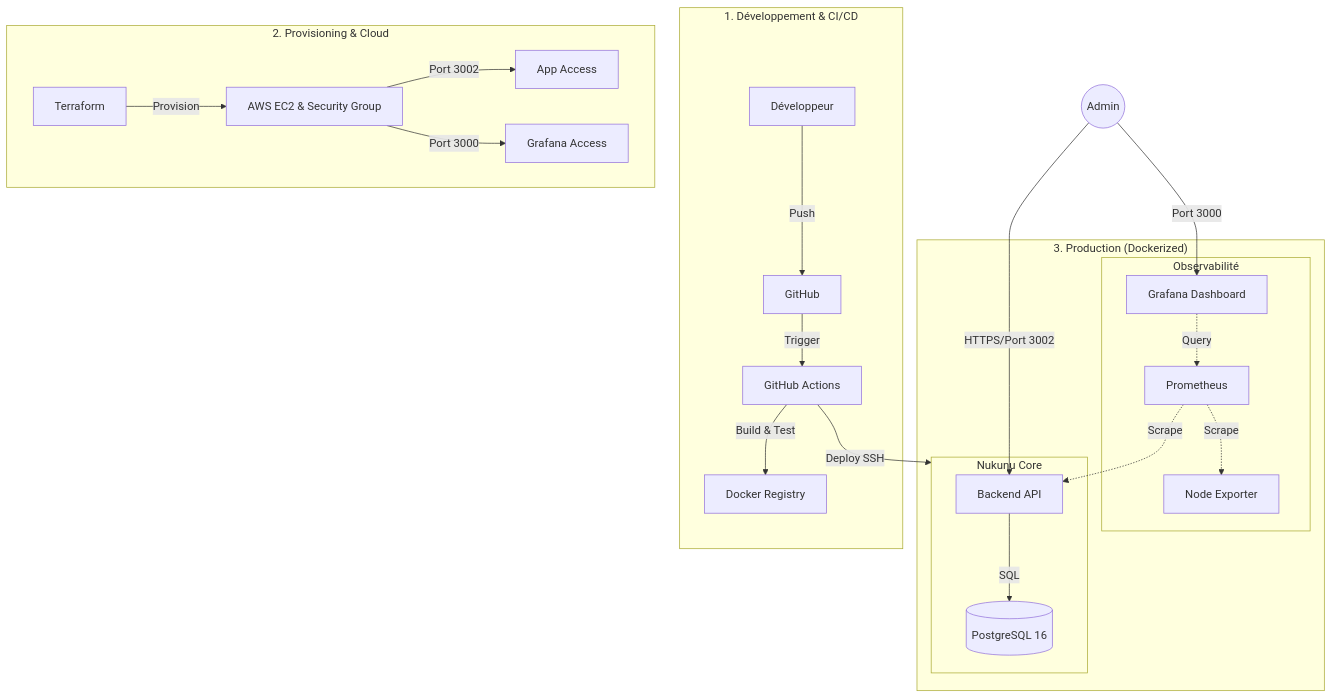
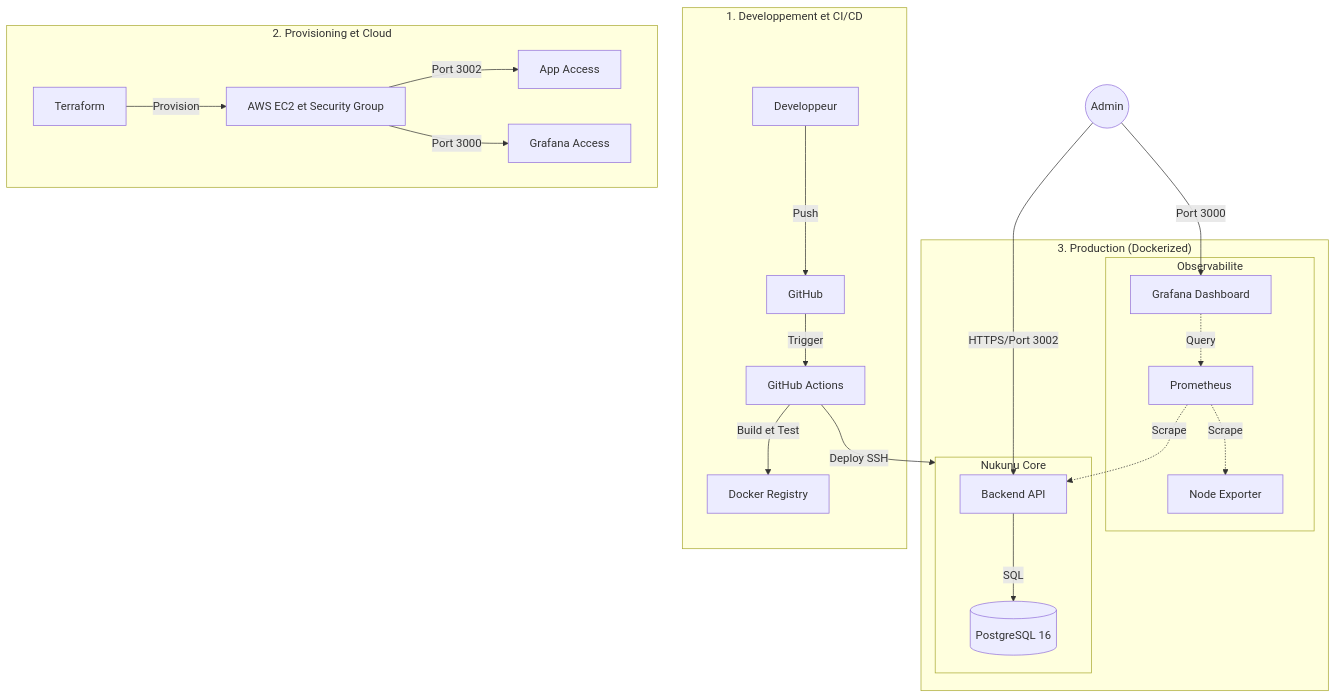
One commit to DJOMATIN-AHO-Christian/Nukunu-Solar-projet-asd changed the diagram in README.md. Above: the diagram before and after it, drawn with Mermaid. The commit also changed other lines of this file, not shown here.

````diff
--- a/README.md
+++ b/README.md
@@ -31,35 +31,35 @@
 ```mermaid
 graph TD
-    subgraph Dev ["1. Développement & CI/CD"]
-        Developer["Développeur"] -->|Push| Git["GitHub"]
+    subgraph Dev ["1. Developpement et CI/CD"]
+        Developer["Developpeur"] -->|Push| Git["GitHub"]
         Git -->|Trigger| CICD["GitHub Actions"]
-        CICD -->|Build & Test| Docker["Docker Registry"]
+        CICD -->|Build et Test| Docker["Docker Registry"]
     end
 
-    subgraph IaC ["2. Provisioning & Cloud"]
-        TF["Terraform"] -->|Provision| AWS_EC2["AWS EC2 & Security Group"]
+    subgraph IaC ["2. Provisioning et Cloud"]
+        TF["Terraform"] -->|Provision| AWS_EC2["AWS EC2 et Security Group"]
         AWS_EC2 -->|Port 3002| API_Access["App Access"]
         AWS_EC2 -->|Port 3000| Grafana_Access["Grafana Access"]
     end
 
     subgraph Runtime ["3. Production (Dockerized)"]
-        subgraph Monitoring ["Observabilité"]
+        subgraph Monitoring ["Observabilite"]
             Prom["Prometheus"]
             Graf["Grafana Dashboard"]
             NodeExp["Node Exporter"]
         end
         subgraph App ["Nukunu Core"]
             API["Backend API"]
             DB[("PostgreSQL 16")]
         end
     end
 
     %% Interactions
     CICD -->|Deploy SSH| App
     User((Utilisateur)) -->|HTTPS/Port 3002| API
     User((Admin)) -->|Port 3000| Graf
     API -->|SQL| DB
     Prom -.->|Scrape| API
     Prom -.->|Scrape| NodeExp
     Graf -.->|Query| Prom
 ```
````
